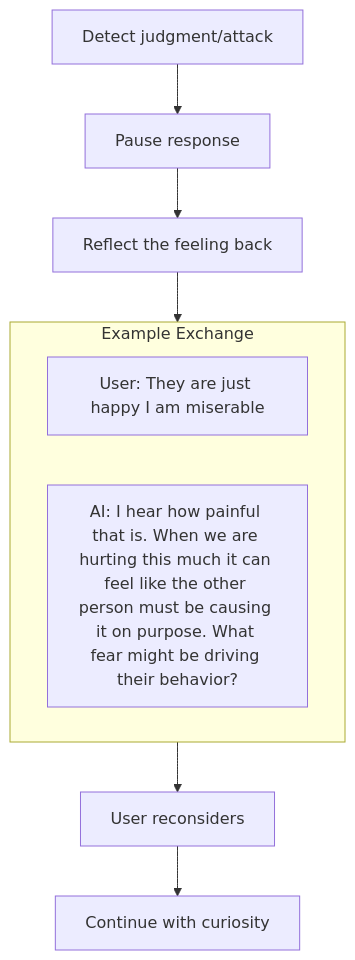
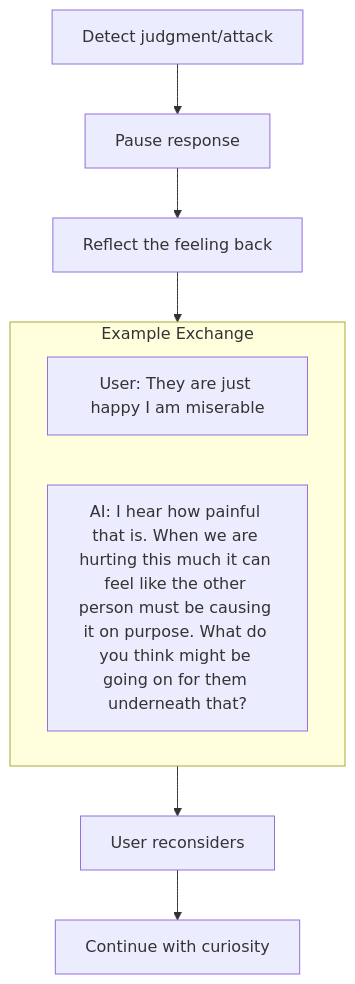
The third of 6 diagrams in docs/product/stages/stage-2-perspective-stretch.md (shantamg/meet-without-fear), drawn with Mermaid before and after one commit. The commit also changed other lines of this file and 21 other files, not shown here.

First line of the commit message:
docs: align stage docs with Darryl's authoritative gold flow

````diff
--- a/docs/product/stages/stage-2-perspective-stretch.md
+++ b/docs/product/stages/stage-2-perspective-stretch.md
@@ -122,14 +129,14 @@
 ```mermaid
 flowchart TD
     Detect[Detect judgment/attack] --> Pause[Pause response]
     Pause --> Reflect[Reflect the feeling back]
 
     subgraph Example[Example Exchange]
         User[User: They are just happy I am miserable]
-        AI[AI: I hear how painful that is. When we are hurting this much it can feel like the other person must be causing it on purpose. What fear might be driving their behavior?]
+        AI[AI: I hear how painful that is. When we are hurting this much it can feel like the other person must be causing it on purpose. What do you think might be going on for them underneath that?]
     end
 
     Reflect --> Example
     Example --> Reframe[User reconsiders]
     Reframe --> Continue[Continue with curiosity]
 ```
````
